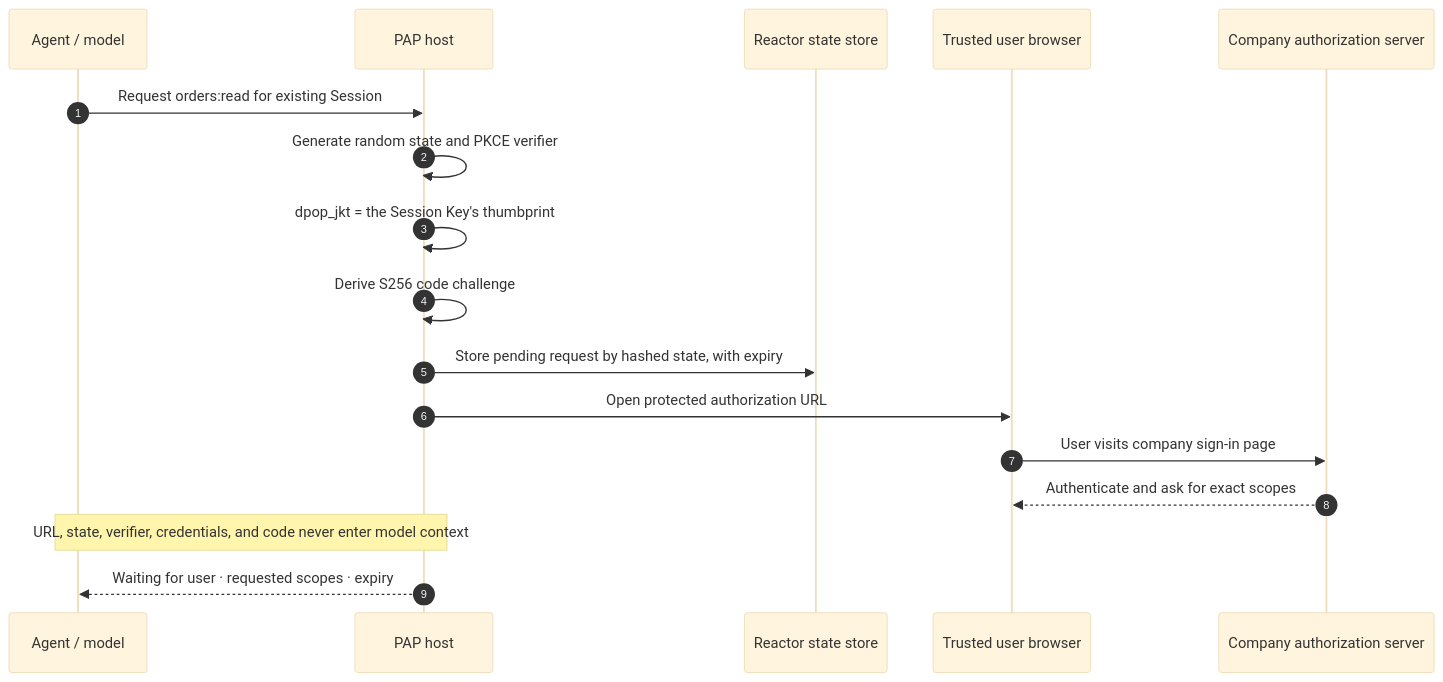
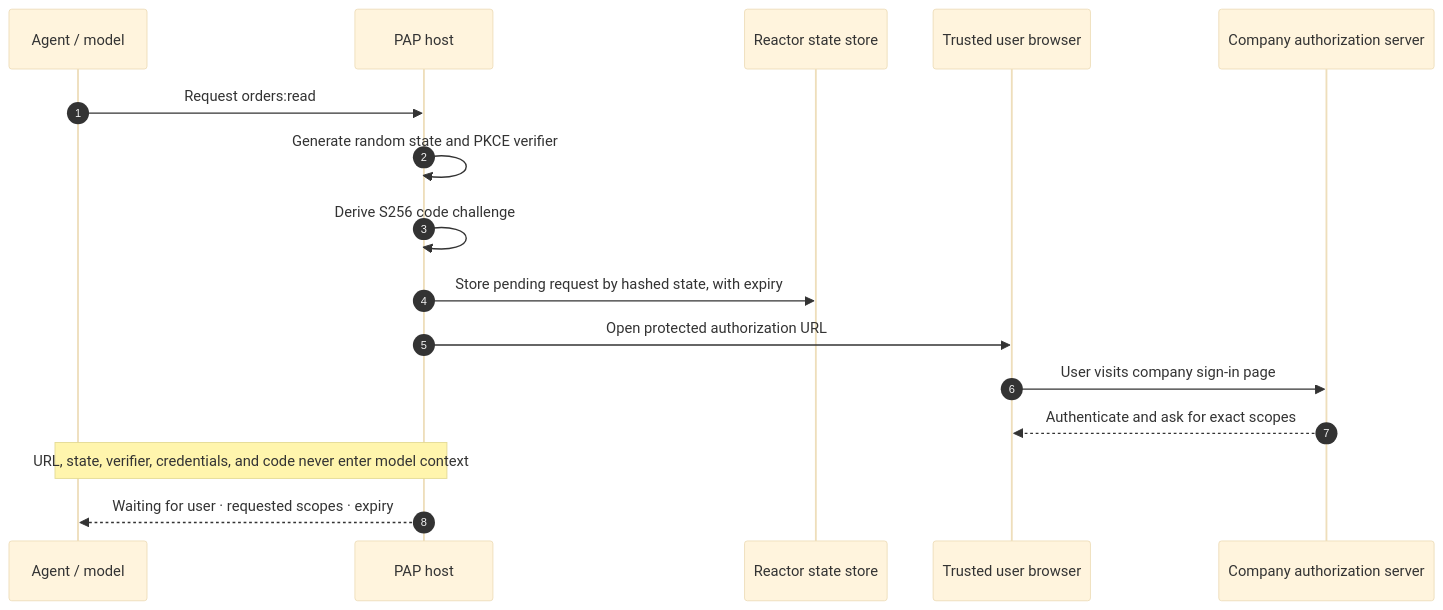
One commit to datalayer/personal-agent-protocol changed the diagram in docs/docs/examples/direct-sign-in-boundary.mdx. Above: the diagram before and after it, drawn with Mermaid (base theme). The commit also changed other lines of this file and 36 other files, not shown here.

````diff
--- a/docs/docs/examples/direct-sign-in-boundary.mdx
+++ b/docs/docs/examples/direct-sign-in-boundary.mdx
@@ -18,19 +18,18 @@
 ```mermaid
 sequenceDiagram
   autonumber
   participant M as Agent / model
   participant H as PAP host
   participant R as Reactor state store
   participant B as Trusted user browser
   participant C as Company authorization server
-  M->>H: Request orders:read for existing Session
+  M->>H: Request orders:read
   H->>H: Generate random state and PKCE verifier
-  H->>H: dpop_jkt = the Session Key's thumbprint
   H->>H: Derive S256 code challenge
   H->>R: Store pending request by hashed state, with expiry
   H->>B: Open protected authorization URL
   B->>C: User visits company sign-in page
   C-->>B: Authenticate and ask for exact scopes
   Note over H,M: URL, state, verifier, credentials, and code never enter model context
   H-->>M: Waiting for user · requested scopes · expiry
 ```
````
